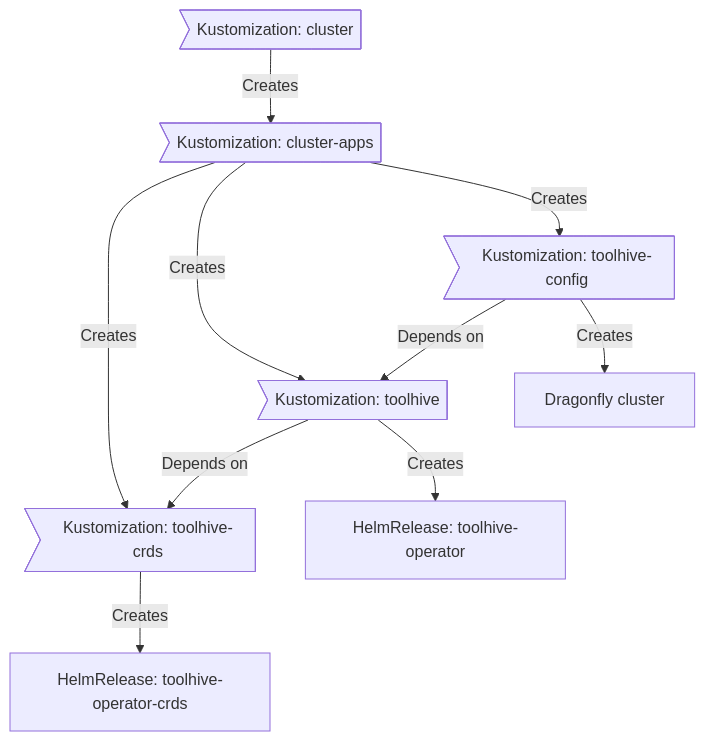
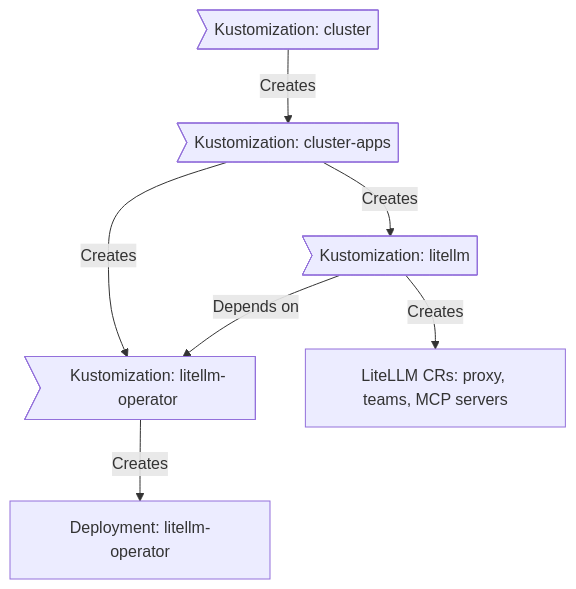
One commit to OxygnCorp/home-ops changed the diagram in README.md. Above: the diagram before and after it, drawn with Mermaid. The commit also changed other lines of this file and 62 other files, not shown here.

First line of the commit message:
feat(ai)!: remove toolhive in favor of litellm MCP gateway (#4811)

````diff
--- a/README.md
+++ b/README.md
@@ -104,12 +104,9 @@
 ```mermaid
 graph TD;
   id1>Kustomization: cluster] -->|Creates| id2>Kustomization: cluster-apps];
-  id2>Kustomization: cluster-apps] -->|Creates| id3>Kustomization: toolhive-crds];
-  id2>Kustomization: cluster-apps] -->|Creates| id5>Kustomization: toolhive];
-  id2>Kustomization: cluster-apps] -->|Creates| id8>Kustomization: toolhive-config];
-  id5>Kustomization: toolhive] -->|Depends on| id3>Kustomization: toolhive-crds];
-  id8>Kustomization: toolhive-config] -->|Depends on| id5>Kustomization: toolhive];
-  id3>Kustomization: toolhive-crds] -->|Creates| id4[HelmRelease: toolhive-operator-crds];
-  id5>Kustomization: toolhive] -->|Creates| id7[HelmRelease: toolhive-operator];
-  id8>Kustomization: toolhive-config] -->|Creates| id10[Dragonfly cluster];
+  id2>Kustomization: cluster-apps] -->|Creates| id3>Kustomization: litellm-operator];
+  id2>Kustomization: cluster-apps] -->|Creates| id5>Kustomization: litellm];
+  id5>Kustomization: litellm] -->|Depends on| id3>Kustomization: litellm-operator];
+  id3>Kustomization: litellm-operator] -->|Creates| id4[Deployment: litellm-operator];
+  id5>Kustomization: litellm] -->|Creates| id7[LiteLLM CRs: proxy, teams, MCP servers];
 ```
````
